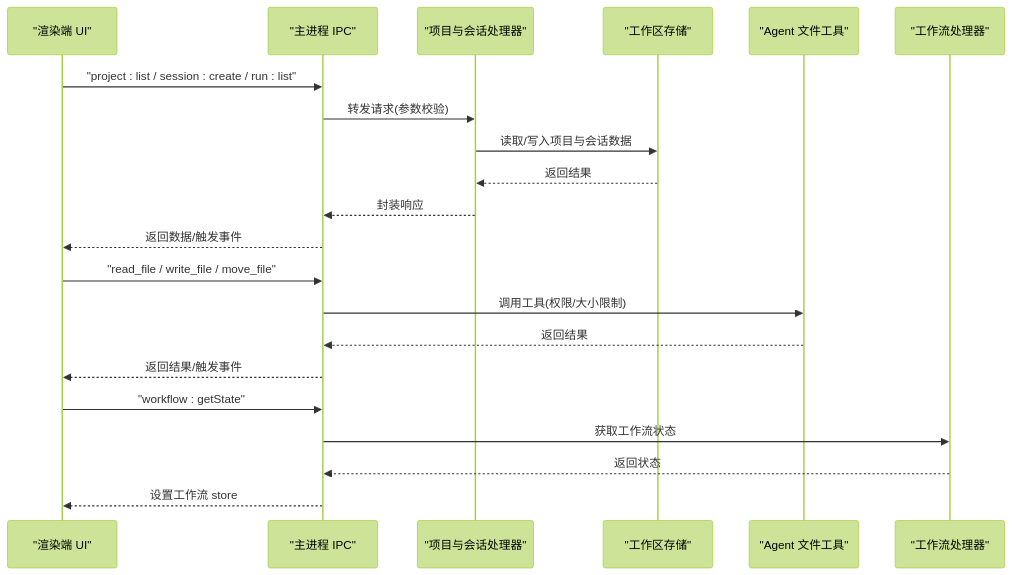
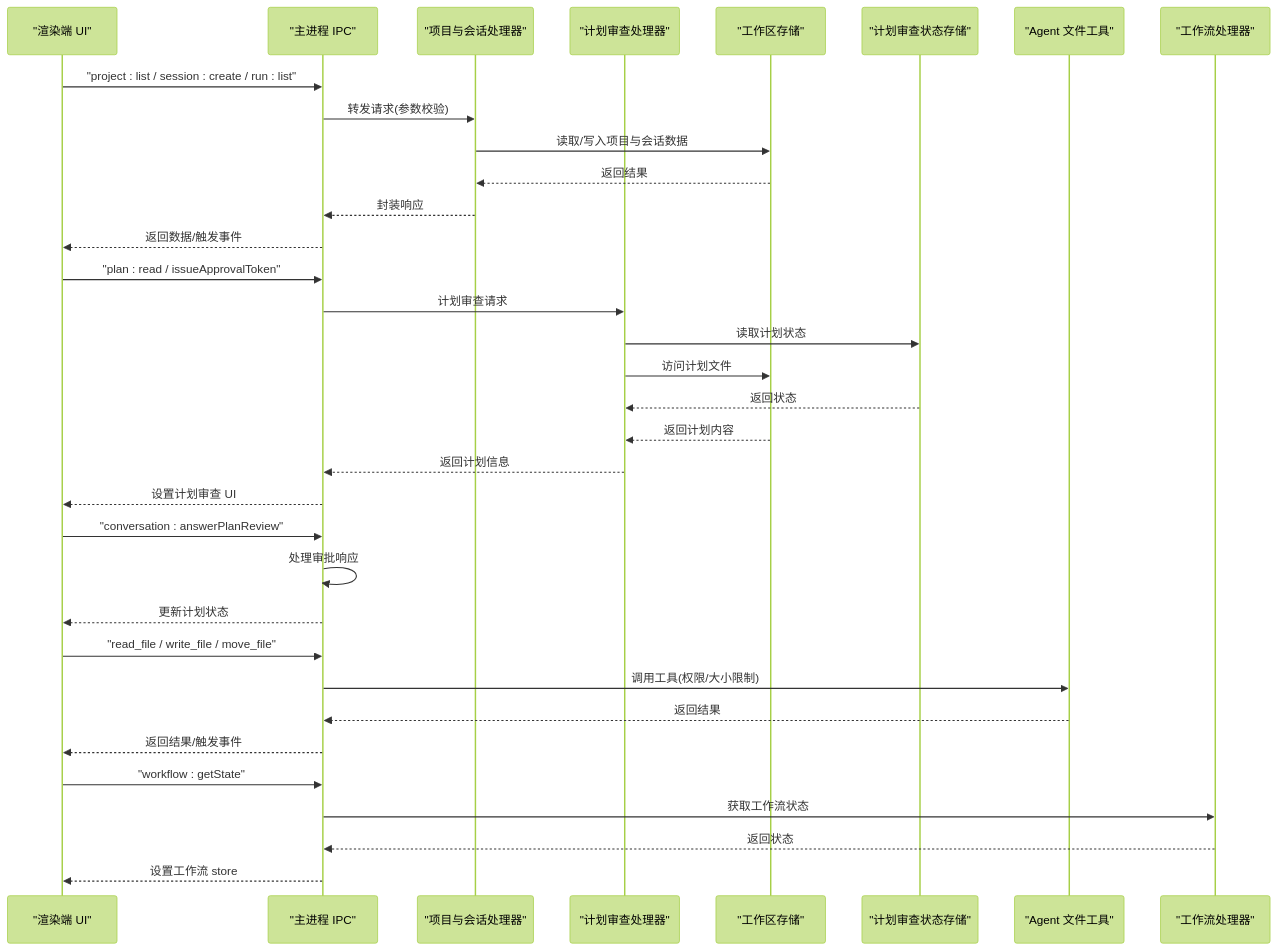
The second of 4 diagrams in .qoder/repowiki/zh/content/API 参考/Renderer API/工作区 API.md (haolange/RDC-Agent), drawn with Mermaid (forest theme) before and after one commit. The commit also changed other lines of this file and 208 other files, not shown here.

````diff
--- a/.qoder/repowiki/zh/content/API 参考/Renderer API/工作区 API.md
+++ b/.qoder/repowiki/zh/content/API 参考/Renderer API/工作区 API.md
@@ -134,23 +147,36 @@
 ```mermaid
 sequenceDiagram
 participant UI as "渲染端 UI"
 participant IPC as "主进程 IPC"
 participant PS as "项目与会话处理器"
+participant PH as "计划审查处理器"
 participant WS as "工作区存储"
+participant PRS as "计划审查状态存储"
 participant AG as "Agent 文件工具"
 participant WF as "工作流处理器"
 UI->>IPC : "project : list / session : create / run : list"
 IPC->>PS : 转发请求(参数校验)
 PS->>WS : 读取/写入项目与会话数据
 WS-->>PS : 返回结果
 PS-->>IPC : 封装响应
 IPC-->>UI : 返回数据/触发事件
+UI->>IPC : "plan : read / issueApprovalToken"
+IPC->>PH : 计划审查请求
+PH->>PRS : 读取计划状态
+PH->>WS : 访问计划文件
+PRS-->>PH : 返回状态
+WS-->>PH : 返回计划内容
+PH-->>IPC : 返回计划信息
+IPC-->>UI : 设置计划审查 UI
+UI->>IPC : "conversation : answerPlanReview"
+IPC->>IPC : 处理审批响应
+IPC-->>UI : 更新计划状态
 UI->>IPC : "read_file / write_file / move_file"
 IPC->>AG : 调用工具(权限/大小限制)
 AG-->>IPC : 返回结果
 IPC-->>UI : 返回结果/触发事件
 UI->>IPC : "workflow : getState"
 IPC->>WF : 获取工作流状态
 WF-->>IPC : 返回状态
 IPC-->>UI : 设置工作流 store
 ```
````
